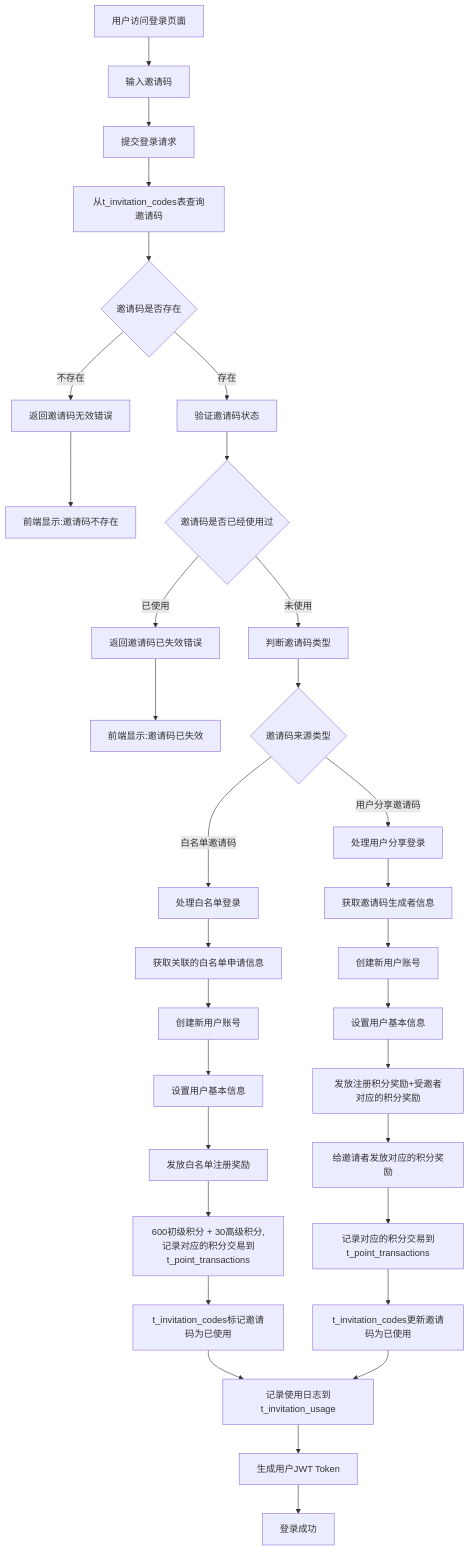
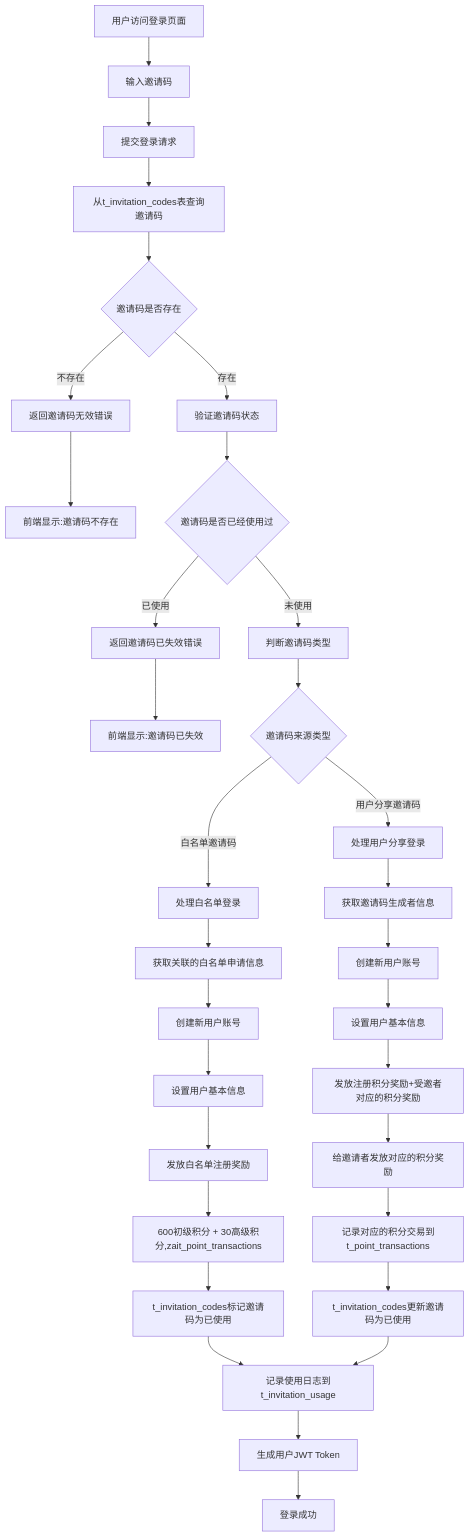
Before and after one commit to yingjianzh/iodraw-files: the diagram in all/未命名-74.md, drawn with Mermaid.

Commit message:
2025-07-07 14:03:40 update

````diff
--- a/all/未命名-74.md
+++ b/all/未命名-74.md
@@ -1,41 +1,41 @@
 ```mermaid
 
 flowchart TD
     A[用户访问登录页面] --> B[输入邀请码]
     B --> E[提交登录请求]
     E --> H[从t_invitation_codes表查询邀请码]
     H --> I{邀请码是否存在}
     I -->|不存在| J[返回邀请码无效错误]
     J --> K[前端显示:邀请码不存在]
     
     I -->|存在| L[验证邀请码状态]
     L --> M{邀请码是否已经使用过}
     M -->|已使用| N[返回邀请码已失效错误]
     N --> O[前端显示:邀请码已失效]
     
     M -->|未使用| X[判断邀请码类型]
     X --> Y{邀请码来源类型}
     
     Y -->|白名单邀请码| Z[处理白名单登录]
     Z --> Z1[获取关联的白名单申请信息]
     Z1 --> Z2[创建新用户账号]
     Z2 --> Z3[设置用户基本信息]
     Z3 --> Z4[发放白名单注册奖励]
-    Z4 --> Z5[600初级积分 + 30高级积分,记录对应的积分交易到t_point_transactions]
+    Z4 --> Z5[600初级积分 + 30高级积分,zait_point_transactions]
     Z5 --> Z6[t_invitation_codes标记邀请码为已使用]
     Z6 --> AA[记录使用日志到t_invitation_usage]
     
     Y -->|用户分享邀请码| BB[处理用户分享登录]
     BB --> BB1[获取邀请码生成者信息]
     BB1 --> BB2[创建新用户账号]
     BB2 --> BB3[设置用户基本信息]
     BB3 --> BB4[发放注册积分奖励+受邀者对应的积分奖励]
     BB4 --> BB5[给邀请者发放对应的积分奖励]
     BB5 --> BB6[记录对应的积分交易到t_point_transactions]
     BB6 --> BB7[t_invitation_codes更新邀请码为已使用]
     BB7 --> AA
     
     AA --> CC[生成用户JWT Token]
     CC --> DD[登录成功]  
 
 ```
````
